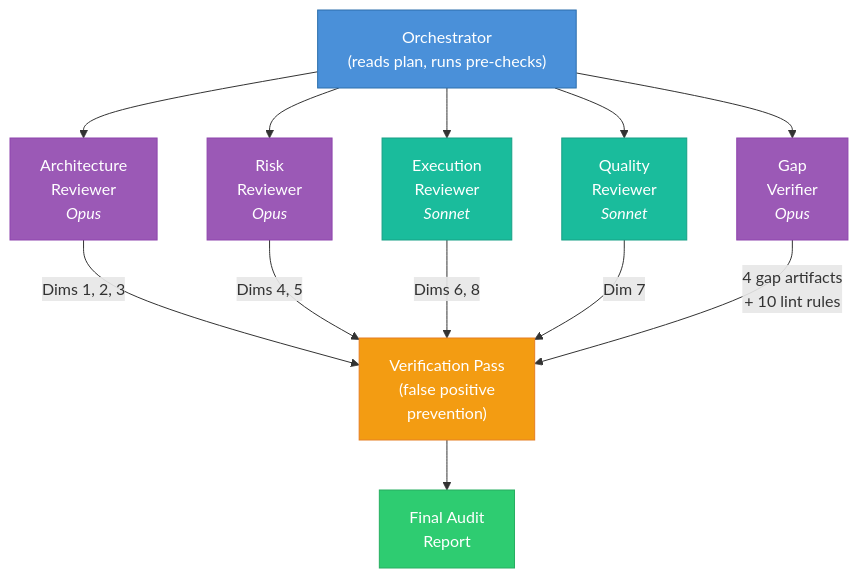
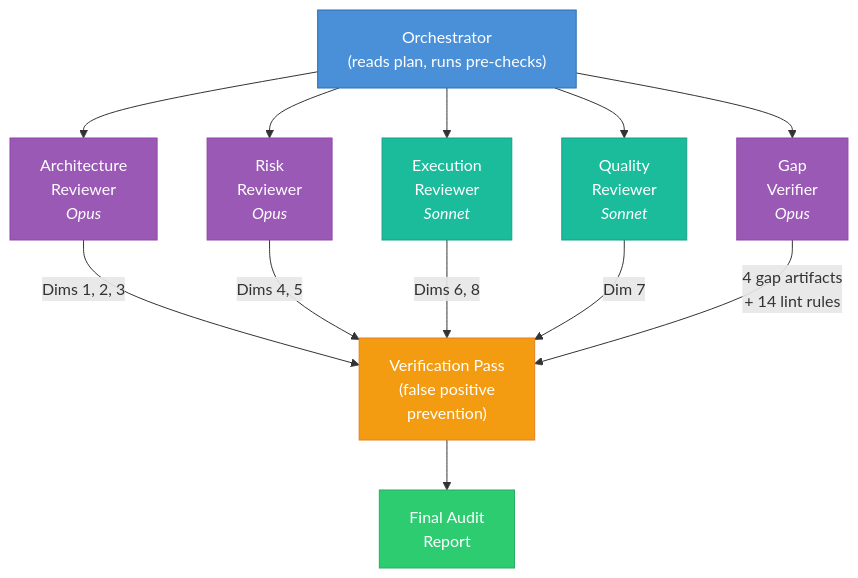
The ninth of 13 diagrams in METHODOLOGY.md (krwhynot/deepgrade), drawn with Mermaid before and after one commit. The commit also changed other lines of this file and 19 other files, not shown here.

````diff
--- a/METHODOLOGY.md
+++ b/METHODOLOGY.md
@@ -1151,25 +1158,25 @@
 ```mermaid
 graph TD
     ORCH["Orchestrator<br/>(reads plan, runs pre-checks)"] --> A1["Architecture<br/>Reviewer<br/><i>Opus</i>"]
     ORCH --> A2["Risk<br/>Reviewer<br/><i>Opus</i>"]
     ORCH --> A3["Execution<br/>Reviewer<br/><i>Sonnet</i>"]
     ORCH --> A4["Quality<br/>Reviewer<br/><i>Sonnet</i>"]
     ORCH --> A5["Gap<br/>Verifier<br/><i>Opus</i>"]
 
     A1 -->|"Dims 1, 2, 3"| VERIFY["Verification Pass<br/>(false positive<br/>prevention)"]
     A2 -->|"Dims 4, 5"| VERIFY
     A3 -->|"Dims 6, 8"| VERIFY
     A4 -->|"Dim 7"| VERIFY
-    A5 -->|"4 gap artifacts<br/>+ 10 lint rules"| VERIFY
+    A5 -->|"4 gap artifacts<br/>+ 14 lint rules"| VERIFY
 
     VERIFY --> REPORT["Final Audit<br/>Report"]
 
     style ORCH fill:#4A90D9,stroke:#2C6FAC,color:#fff
     style A1 fill:#9B59B6,stroke:#8E44AD,color:#fff
     style A2 fill:#9B59B6,stroke:#8E44AD,color:#fff
     style A3 fill:#1ABC9C,stroke:#16A085,color:#fff
     style A4 fill:#1ABC9C,stroke:#16A085,color:#fff
     style A5 fill:#9B59B6,stroke:#8E44AD,color:#fff
     style VERIFY fill:#F39C12,stroke:#E67E22,color:#fff
     style REPORT fill:#2ECC71,stroke:#27AE60,color:#fff
 ```
````
